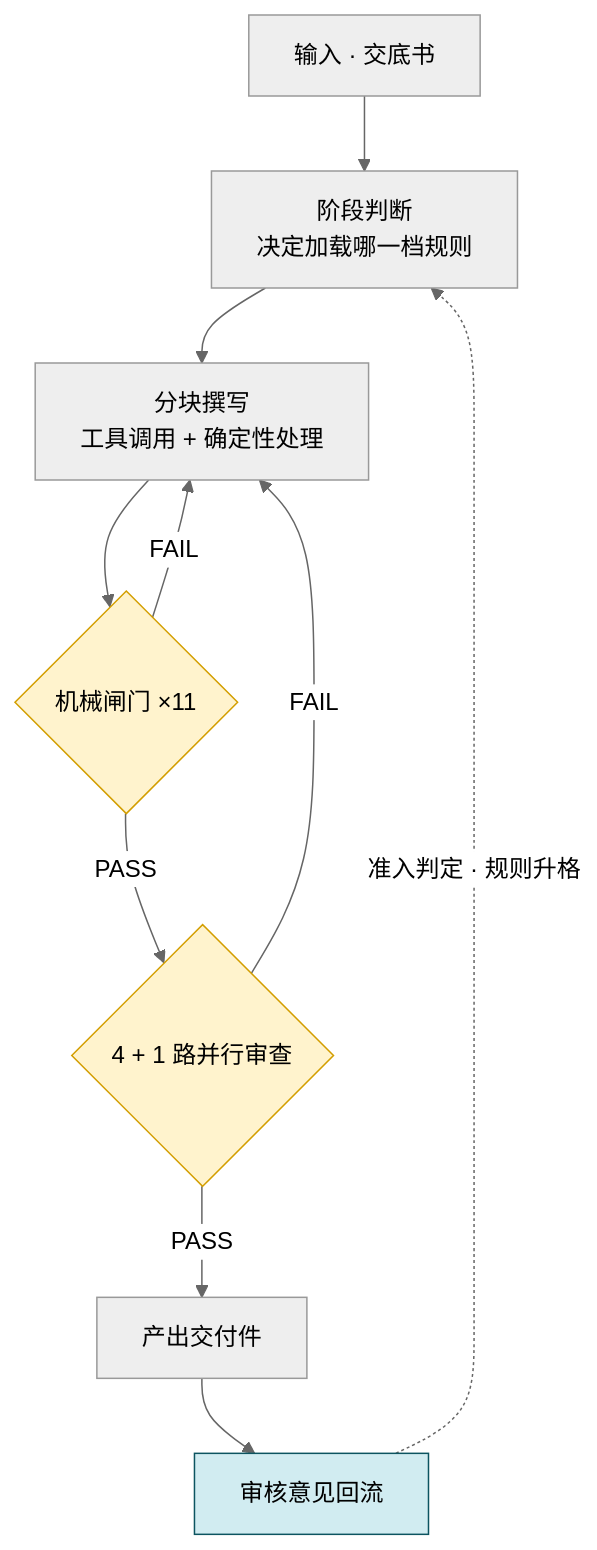
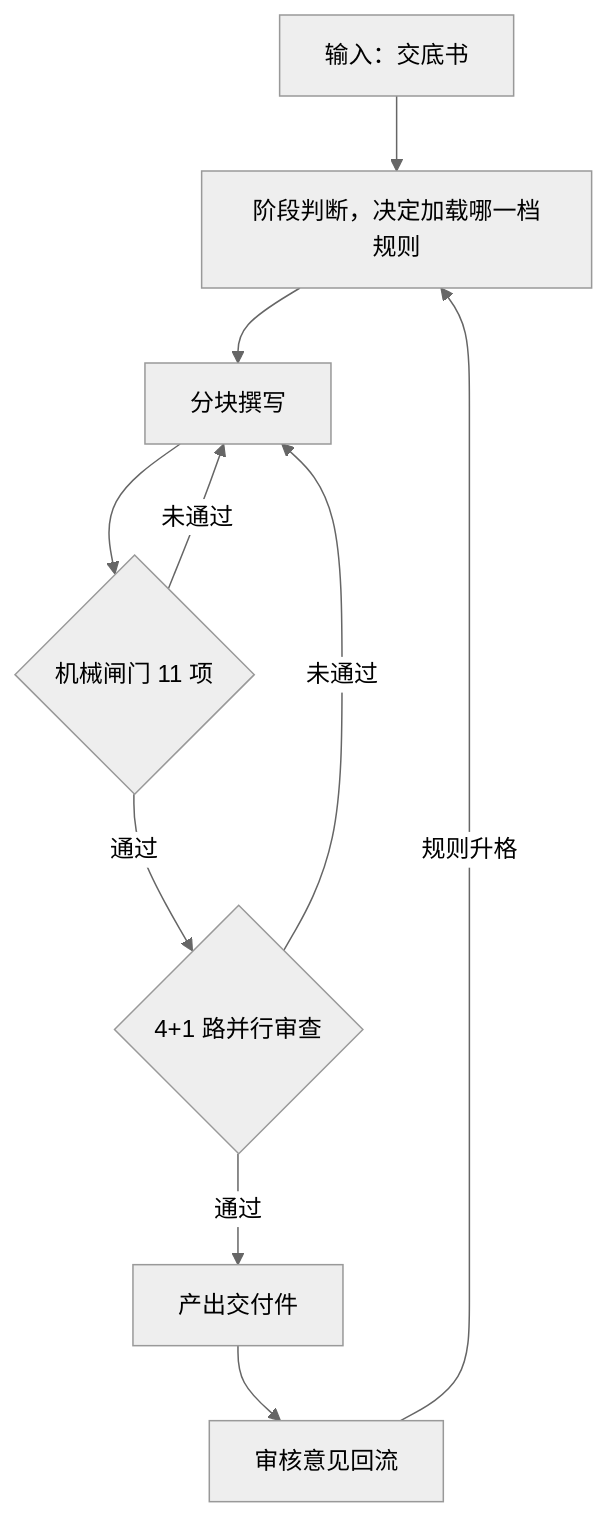
One commit to q1480371991/patent-harness changed the second of 4 diagrams in README.md. Above: the diagram before and after it, drawn with Mermaid (neutral theme). The commit also changed other lines of this file, not shown here.

Commit message:
docs: README 重写——去掉 emoji 编号/破折号/排比句，修 mermaid 边标签解析错误

````diff
--- a/README.md
+++ b/README.md
@@ -73,16 +55,12 @@
 ```mermaid
 flowchart TD
-    A["输入 · 交底书"] --> B["阶段判断<br/>决定加载哪一档规则"]
-    B --> C["分块撰写<br/>工具调用 + 确定性处理"]
-    C --> D{"机械闸门 ×11"}
-    D -->|FAIL| C
-    D -->|PASS| E{"4 + 1 路并行审查"}
-    E -->|FAIL| C
-    E -->|PASS| F["产出交付件"]
+    A["输入：交底书"] --> B["阶段判断，决定加载哪一档规则"]
+    B --> C["分块撰写"]
+    C --> D{"机械闸门 11 项"}
+    D -->|未通过| C
+    D -->|通过| E{"4+1 路并行审查"}
+    E -->|未通过| C
+    E -->|通过| F["产出交付件"]
     F --> G["审核意见回流"]
-    G -.->|准入判定 · 规则升格| B
-
-    style D fill:#fff3cd,stroke:#d39e00
-    style E fill:#fff3cd,stroke:#d39e00
-    style G fill:#d1ecf1,stroke:#0c5460
+    G -->|规则升格| B
 ```
````
